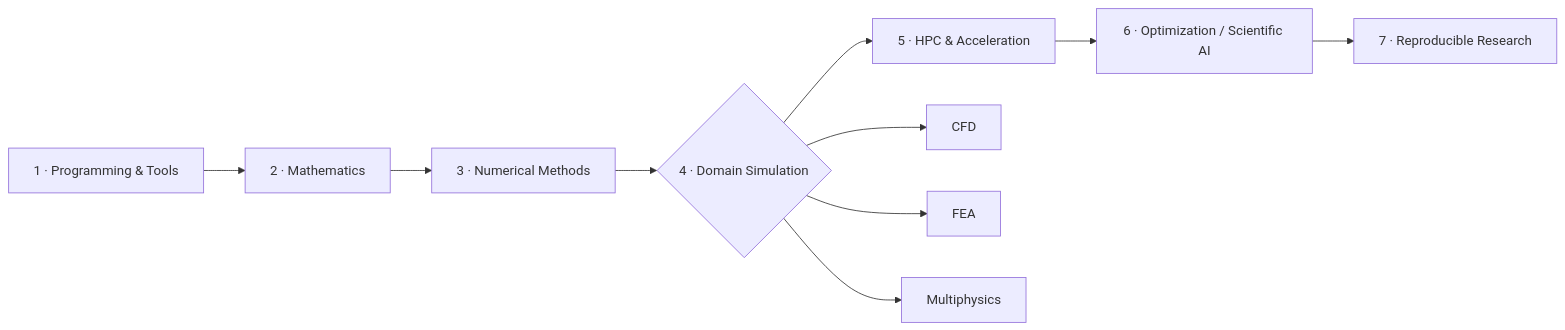
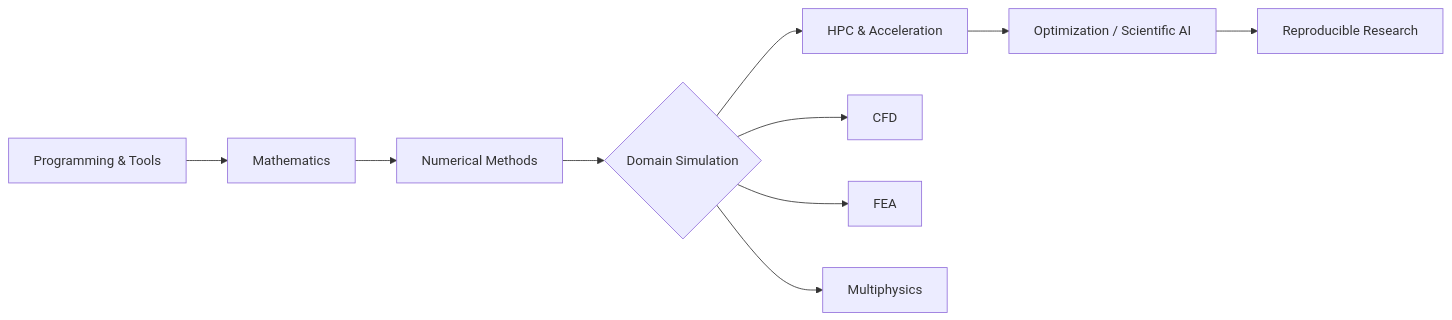
The diagram in README.md (islam-md-didarul/computational-engineering-resource-hub), drawn with Mermaid before and after one commit.

Commit message:
Refactor learning roadmap for clarity

````diff
--- a/README.md
+++ b/README.md
@@ -50,13 +50,13 @@
 ```mermaid
 flowchart LR
-    A[1 · Programming & Tools] --> B[2 · Mathematics]
-    B --> C[3 · Numerical Methods]
-    C --> D{4 · Domain Simulation}
-    D --> E[5 · HPC & Acceleration]
-    E --> F[6 · Optimization / Scientific AI]
-    F --> G[7 · Reproducible Research]
+    A[Programming & Tools] --> B[Mathematics]
+    B --> C[Numerical Methods]
+    C --> D{Domain Simulation}
+    D --> E[HPC & Acceleration]
+    E --> F[Optimization / Scientific AI]
+    F --> G[Reproducible Research]
 
     D --> D1[CFD]
     D --> D2[FEA]
     D --> D3[Multiphysics]
 ```
````
